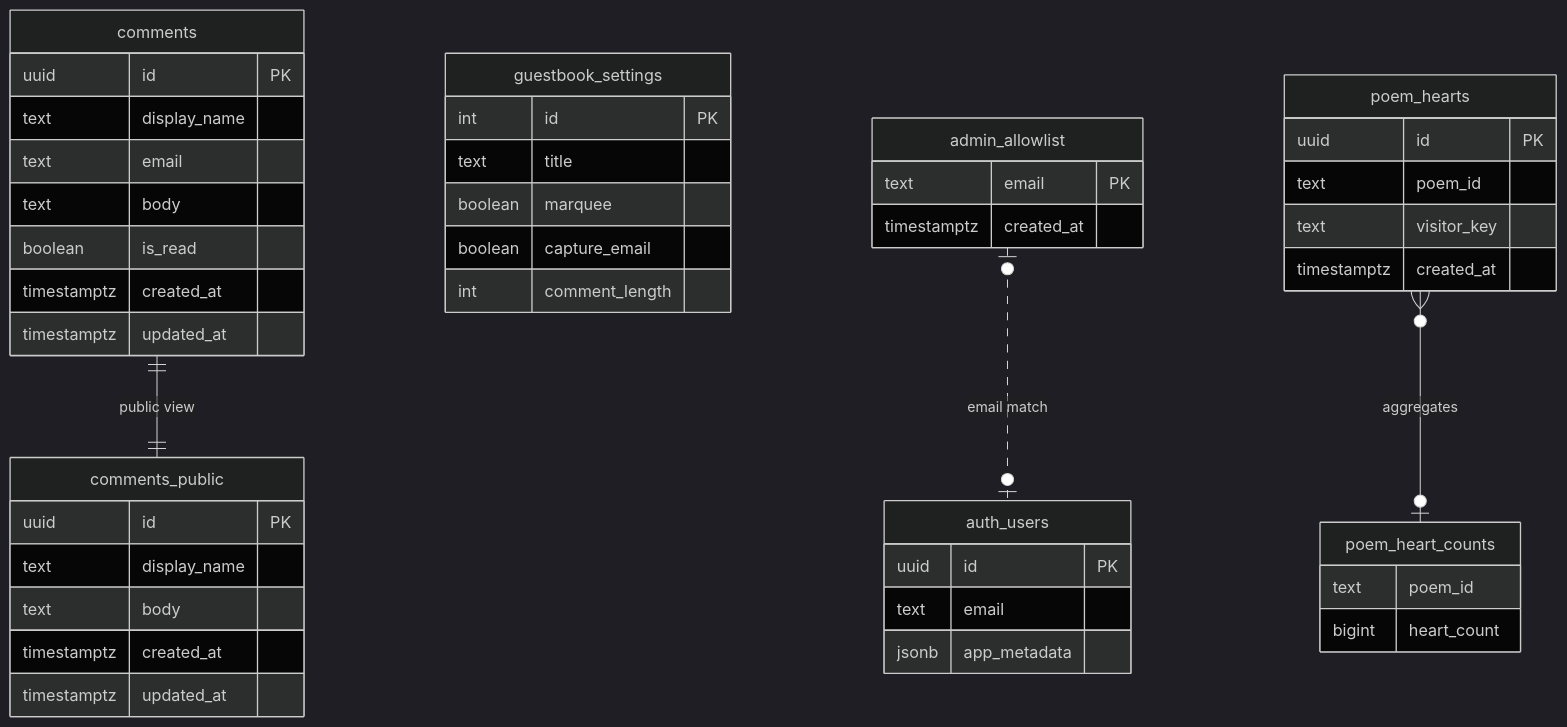
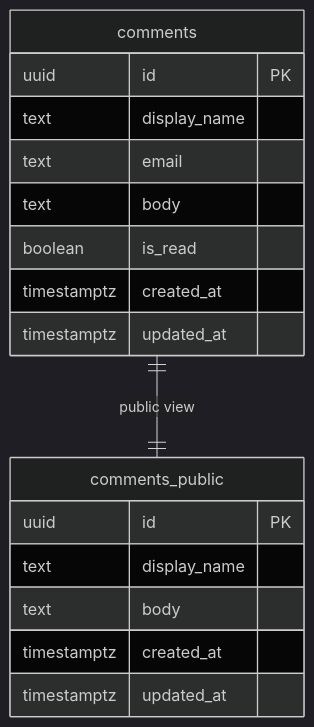
The second of 4 diagrams in src/app/docs/book-build/content.mdx (beck-chan/guestbook), drawn with Mermaid (dark theme) before and after one commit. The commit also changed 5 other files, not shown here.

````diff
--- a/src/app/docs/book-build/content.mdx
+++ b/src/app/docs/book-build/content.mdx
@@ -69,55 +86,21 @@
 ```mermaid
 erDiagram
+    direction TB
     comments {
         uuid id PK
         text display_name
         text email
         text body
         boolean is_read
         timestamptz created_at
         timestamptz updated_at
     }
-
     comments_public {
         uuid id PK
         text display_name
         text body
         timestamptz created_at
         timestamptz updated_at
     }
-
-    guestbook_settings {
-        int id PK
-        text title
-        boolean marquee
-        boolean capture_email
-        int comment_length
-    }
-
-    admin_allowlist {
-        text email PK
-        timestamptz created_at
-    }
-
-    auth_users {
-        uuid id PK
-        text email
-        jsonb app_metadata
-    }
-
-    poem_hearts {
-        uuid id PK
-        text poem_id
-        text visitor_key
-        timestamptz created_at
-    }
-
-    poem_heart_counts {
-        text poem_id
-        bigint heart_count
-    }
-
     comments ||--|| comments_public : "public view"
-    poem_hearts }o--o| poem_heart_counts : aggregates
-    admin_allowlist |o..o| auth_users : "email match"
 ```
````
